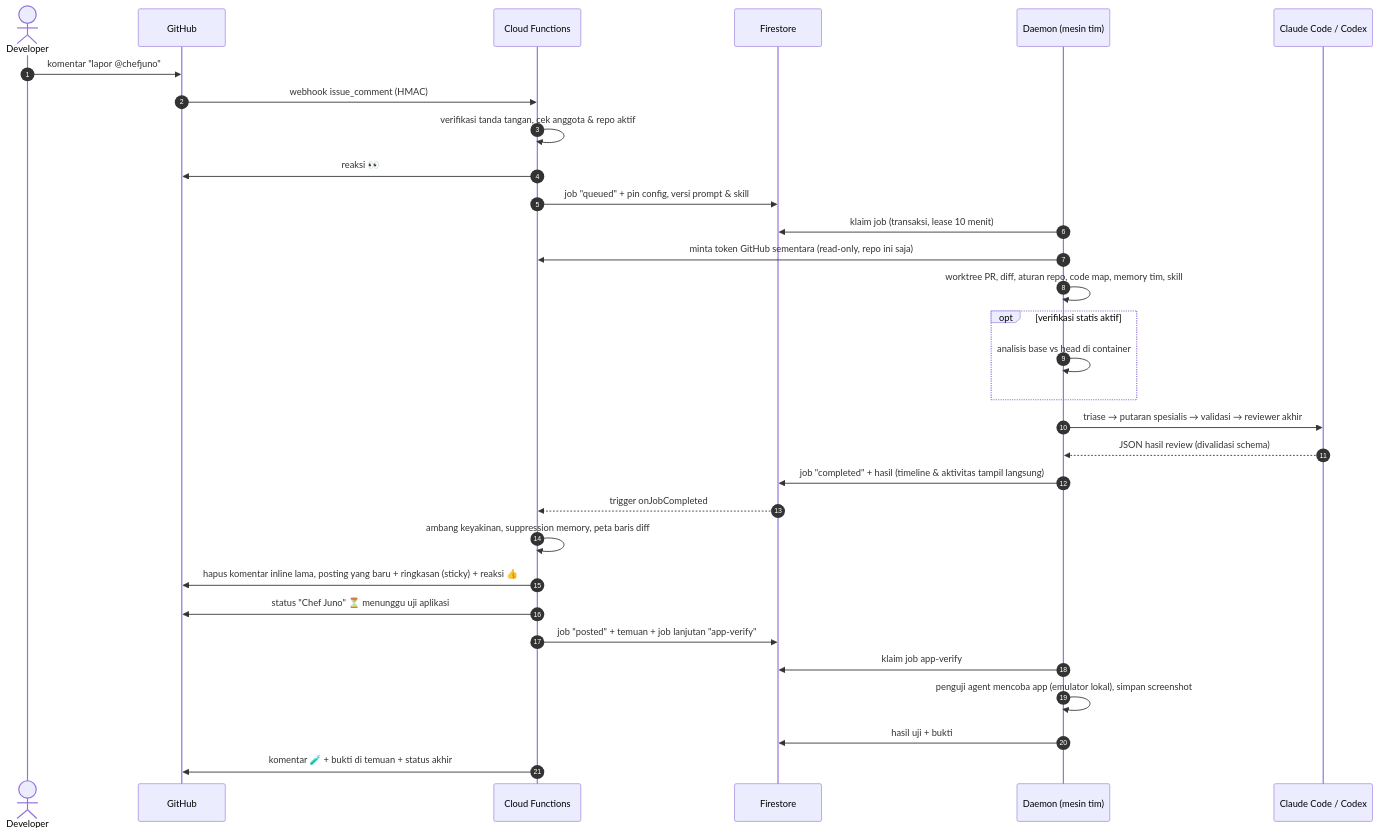
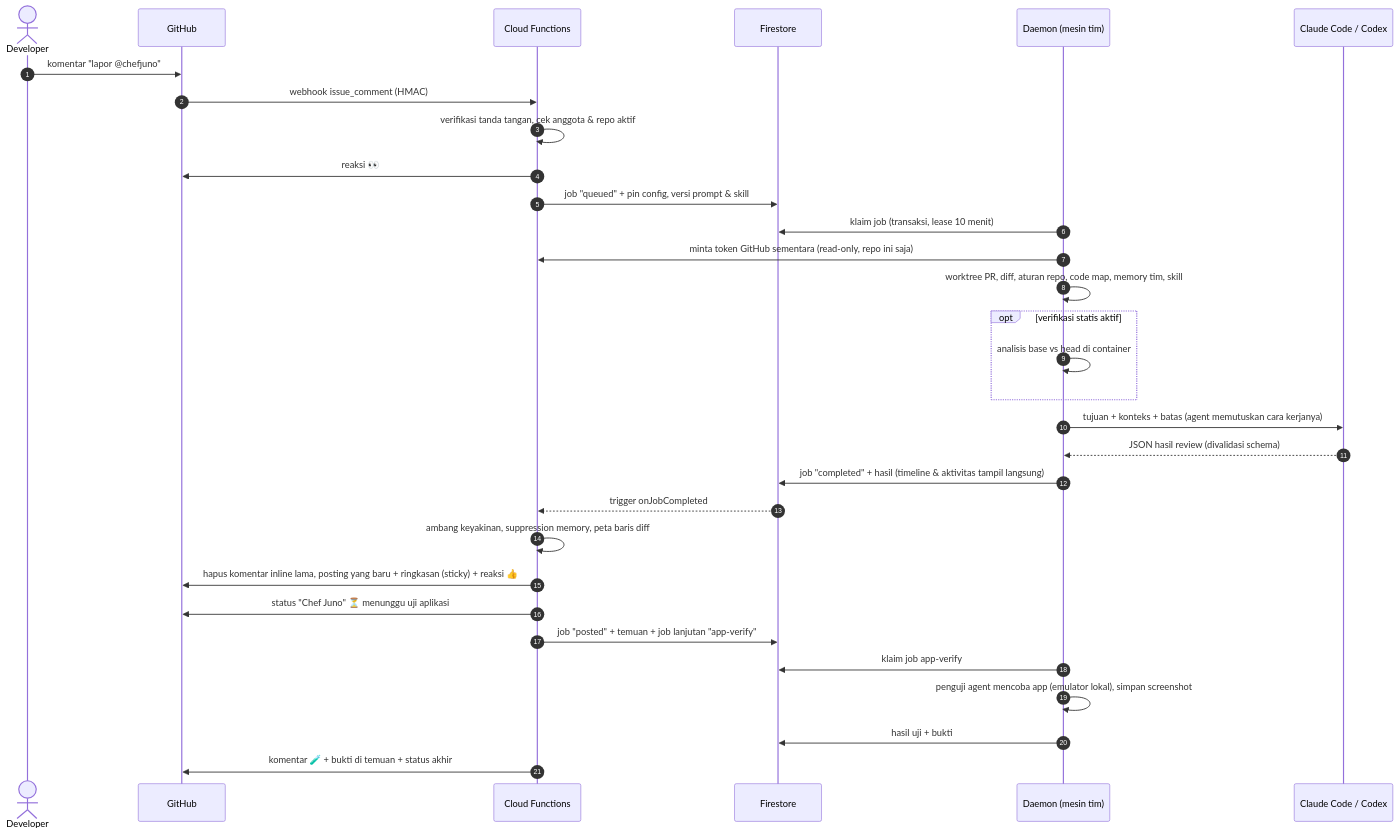
Before and after one commit to NurFajarSA/chef-juno: the first of 3 diagrams in docs/guide/02-cara-kerja-review.md, drawn with Mermaid. The commit also changed other lines of this file and 23 other files, not shown here.

First line of the commit message:
feat(review): mode tujuan — satu agent dengan tujuan, konteks, dan batas; cara kerjanya dia yang memutuskan

````diff
--- a/docs/guide/02-cara-kerja-review.md
+++ b/docs/guide/02-cara-kerja-review.md
@@ -6,34 +6,34 @@
 ```mermaid
 sequenceDiagram
   autonumber
   actor Dev as Developer
   participant GH as GitHub
   participant FN as Cloud Functions
   participant FS as Firestore
   participant D as Daemon (mesin tim)
   participant AG as Claude Code / Codex
 
   Dev->>GH: komentar "lapor @chefjuno"
   GH->>FN: webhook issue_comment (HMAC)
   FN->>FN: verifikasi tanda tangan, cek anggota & repo aktif
   FN->>GH: reaksi 👀
   FN->>FS: job "queued" + pin config, versi prompt & skill
   D->>FS: klaim job (transaksi, lease 10 menit)
   D->>FN: minta token GitHub sementara (read-only, repo ini saja)
   D->>D: worktree PR, diff, aturan repo, code map, memory tim, skill
   opt verifikasi statis aktif
     D->>D: analisis base vs head di container
   end
-  D->>AG: triase → putaran spesialis → validasi → reviewer akhir
+  D->>AG: tujuan + konteks + batas (agent memutuskan cara kerjanya)
   AG-->>D: JSON hasil review (divalidasi schema)
   D->>FS: job "completed" + hasil (timeline & aktivitas tampil langsung)
   FS-->>FN: trigger onJobCompleted
   FN->>FN: ambang keyakinan, suppression memory, peta baris diff
   FN->>GH: hapus komentar inline lama, posting yang baru + ringkasan (sticky) + reaksi 👍
   FN->>GH: status "Chef Juno" ⏳ menunggu uji aplikasi
   FN->>FS: job "posted" + temuan + job lanjutan "app-verify"
   D->>FS: klaim job app-verify
   D->>D: penguji agent mencoba app (emulator lokal), simpan screenshot
   D->>FS: hasil uji + bukti
   FN->>GH: komentar 🧪 + bukti di temuan + status akhir
 ```
````
